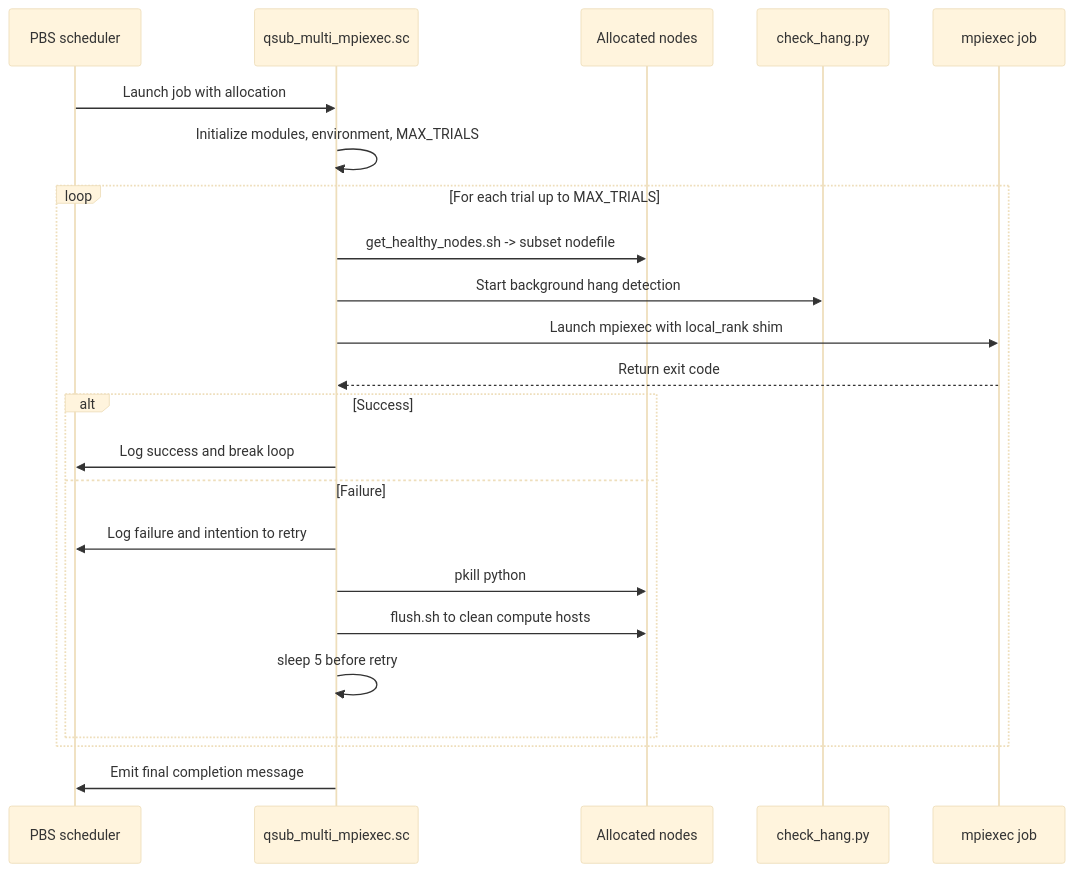
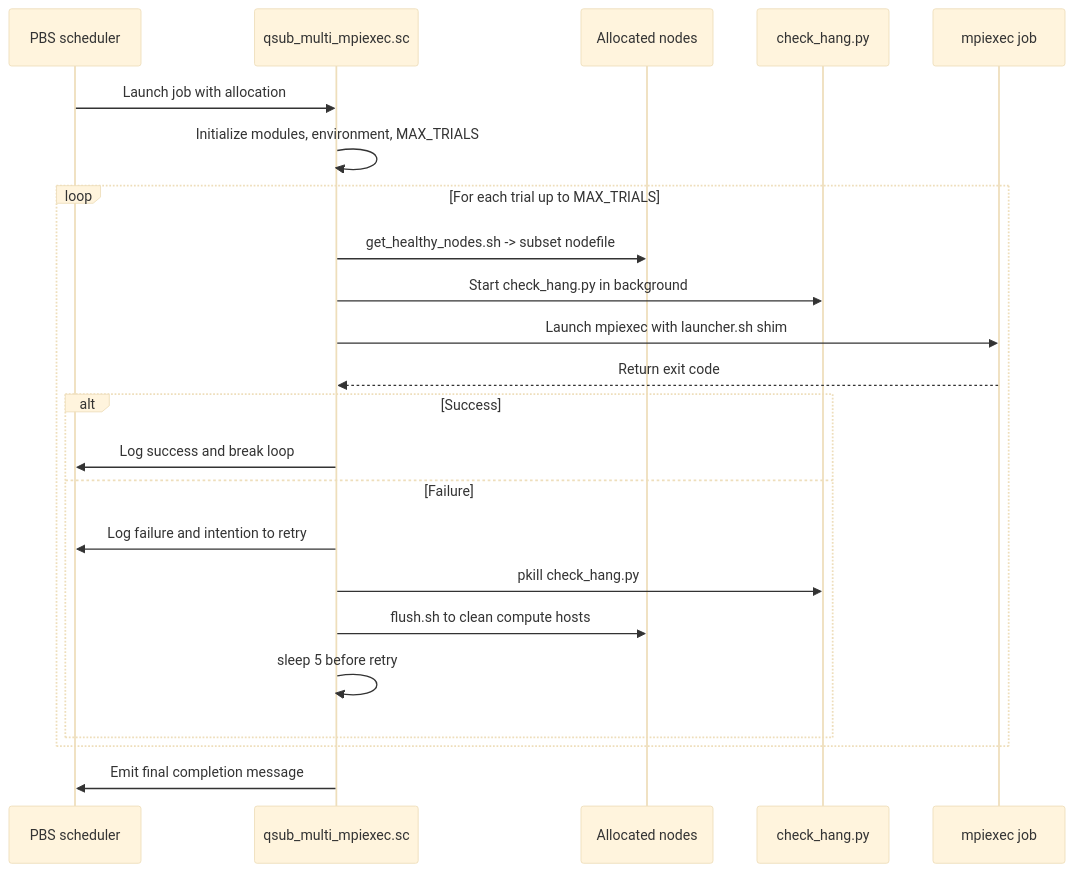
One commit to argonne-lcf/checkpoint_restart changed the fourth of 4 diagrams in docs/shell_scripts.md. Above: the diagram before and after it, drawn with Mermaid (base theme). The commit also changed other lines of this file and 2 other files, not shown here.

````diff
--- a/docs/shell_scripts.md
+++ b/docs/shell_scripts.md
@@ -94,26 +97,26 @@
 ```mermaid
 sequenceDiagram
     participant PBS as PBS scheduler
     participant Script as qsub_multi_mpiexec.sc
     participant Nodes as Allocated nodes
     participant Monitor as check_hang.py
     participant MPI as mpiexec job
 
     PBS->>Script: Launch job with allocation
     Script->>Script: Initialize modules, environment, MAX_TRIALS
     loop For each trial up to MAX_TRIALS
         Script->>Nodes: get_healthy_nodes.sh -> subset nodefile
-        Script->>Monitor: Start background hang detection
-        Script->>MPI: Launch mpiexec with local_rank shim
+        Script->>Monitor: Start check_hang.py in background
+        Script->>MPI: Launch mpiexec with launcher.sh shim
         MPI-->>Script: Return exit code
         alt Success
             Script->>PBS: Log success and break loop
         else Failure
             Script->>PBS: Log failure and intention to retry
-            Script->>Nodes: pkill python
+            Script->>Monitor: pkill check_hang.py
             Script->>Nodes: flush.sh to clean compute hosts
             Script->>Script: sleep 5 before retry
         end
     end
     Script->>PBS: Emit final completion message
 ```
````
